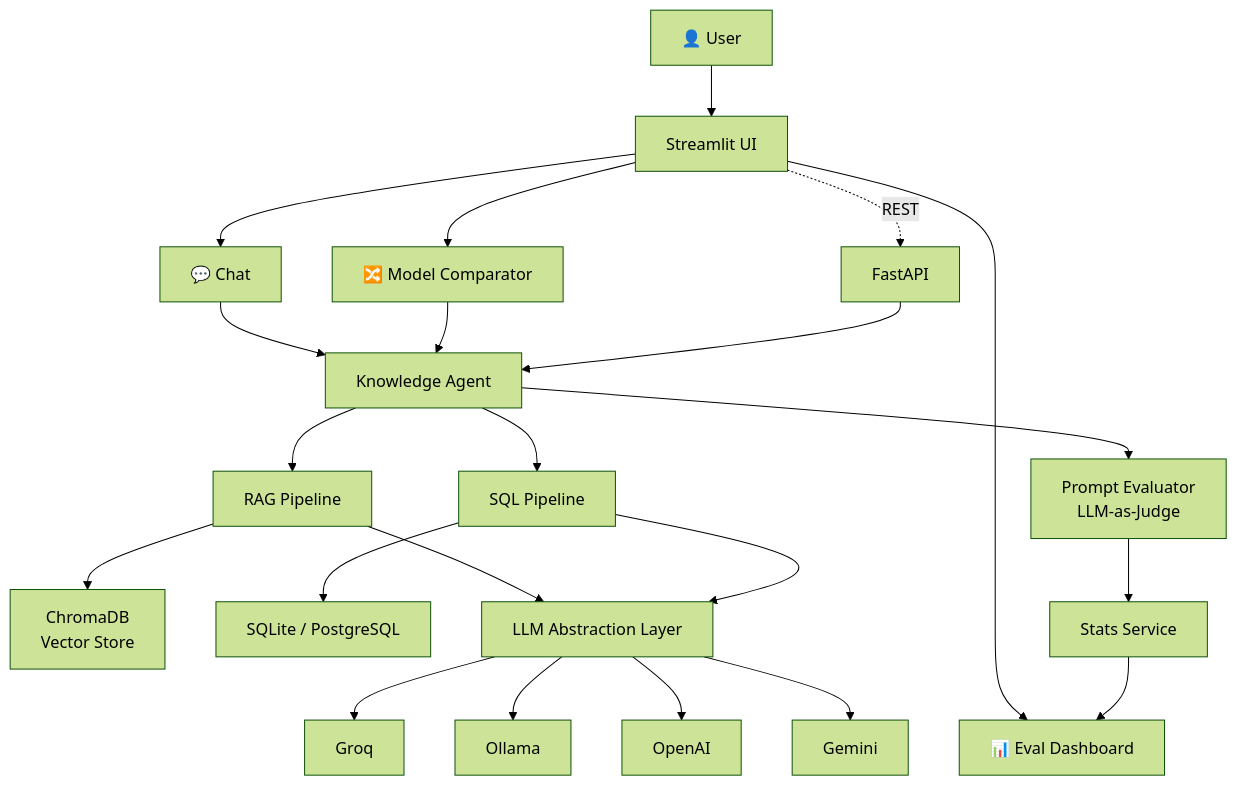
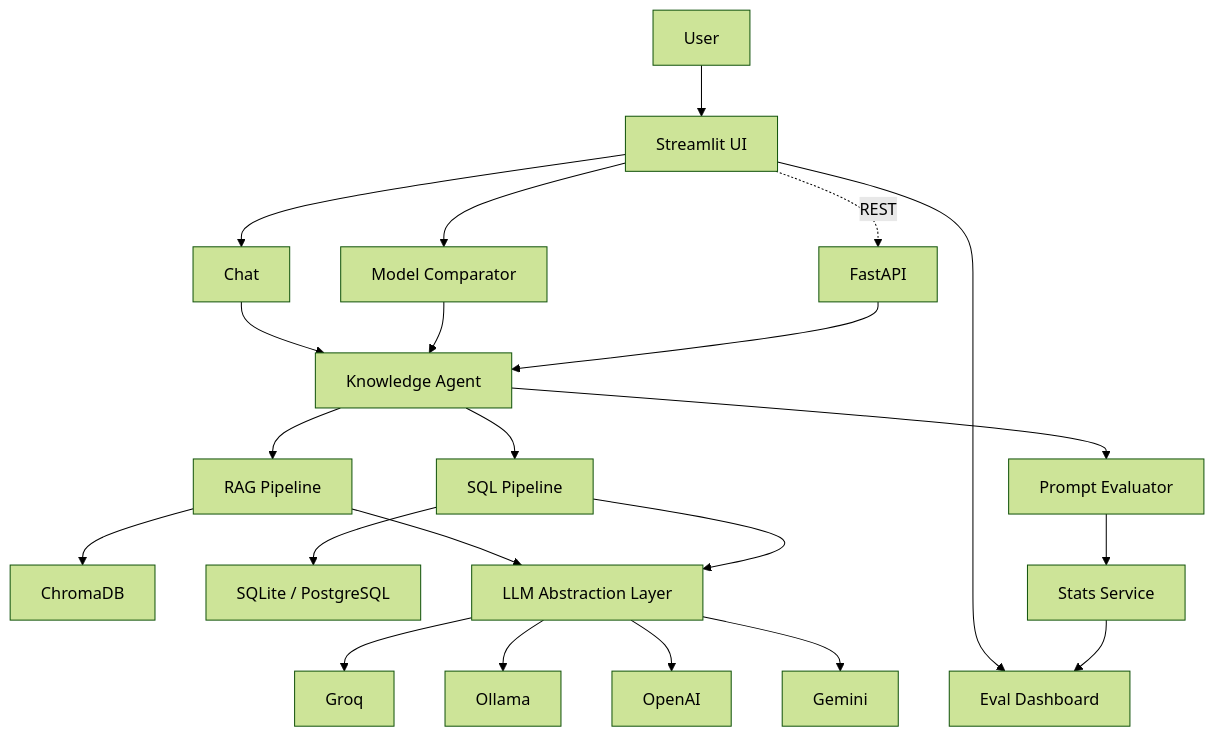
Before and after one commit to alexv6v6/ai-knowledge-hub: the first of 2 diagrams in README.md, drawn with Mermaid (forest theme).

Commit message:
fix: clean mermaid diagram for GitHub rendering

````diff
--- a/README.md
+++ b/README.md
@@ -45,32 +45,31 @@
 ```mermaid
 flowchart TD
-    A[👤 User] --> B[Streamlit UI]
+    A[User] --> B[Streamlit UI]
 
-    B --> C[💬 Chat]
-    B --> D[📊 Eval Dashboard]
-    B --> E[🔀 Model Comparator]
+    B --> C[Chat]
+    B --> D[Eval Dashboard]
+    B --> E[Model Comparator]
+    B -.->|REST| R[FastAPI]
 
     C --> F[Knowledge Agent]
     E --> F
+    R --> F
 
     F --> G[RAG Pipeline]
     F --> H[SQL Pipeline]
+    F --> P[Prompt Evaluator]
 
-    G --> I[ChromaDB\nVector Store]
+    G --> I[ChromaDB]
     H --> J[SQLite / PostgreSQL]
 
     G --> K[LLM Abstraction Layer]
     H --> K
 
     K --> L[Groq]
     K --> M[Ollama]
     K --> N[OpenAI]
     K --> O[Gemini]
 
-    F --> P[Prompt Evaluator\nLLM-as-Judge]
     P --> Q[Stats Service]
     Q --> D
-
-    B -.->|REST| R[FastAPI]
-    R --> F
 ```
````
